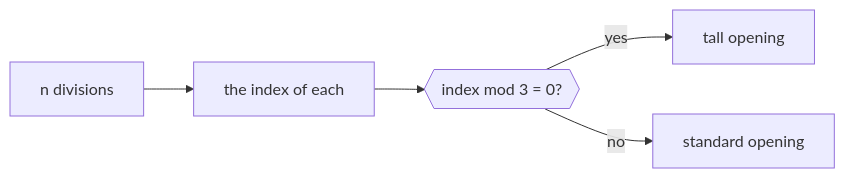
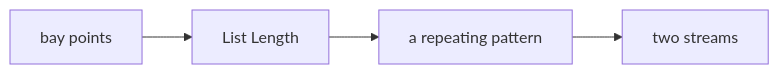
The third of 4 diagrams in Lecture/Week_06/goals.md (rccn-teaching/cdf), drawn with Mermaid before and after one commit. The commit also changed other lines of this file and 23 other files, not shown here.

Commit message:
Refactor lecture materials for Weeks 13-15: update README and goals to enhance clarity and structure; adjust session objectives and commands; improve flowcharts and voting processes for better engagement and understanding.

````diff
--- a/Lecture/Week_06/goals.md
+++ b/Lecture/Week_06/goals.md
@@ -31,7 +58,8 @@
 ```mermaid
 flowchart LR
-    D["n divisions"] --> I["the index of each"]
-    I --> T{{"index mod 3 = 0?"}}
-    T -->|yes| H["tall opening"]
-    T -->|no| S["standard opening"]
+    D0["bay points"]
+    L1["List Length"]
+    C2["a repeating pattern"]
+    X3["two streams"]
+    D0 --> L1 --> C2 --> X3
 ```
````
